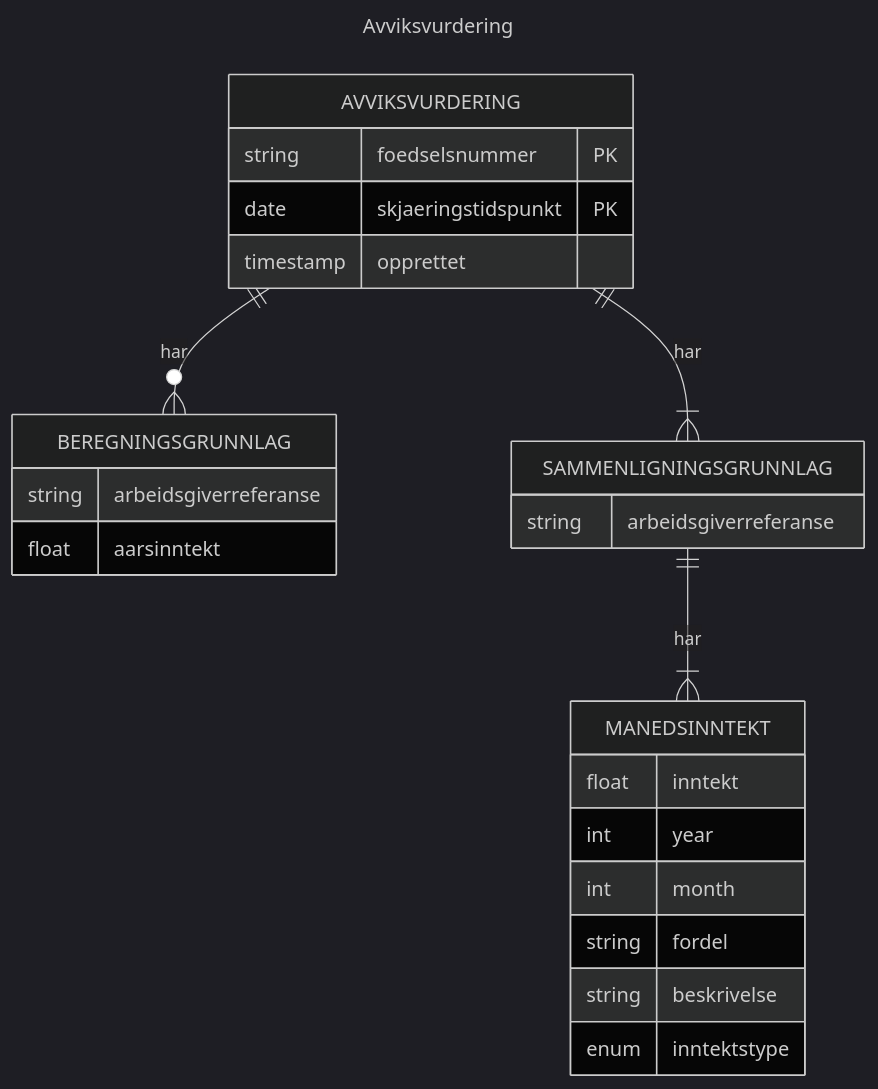
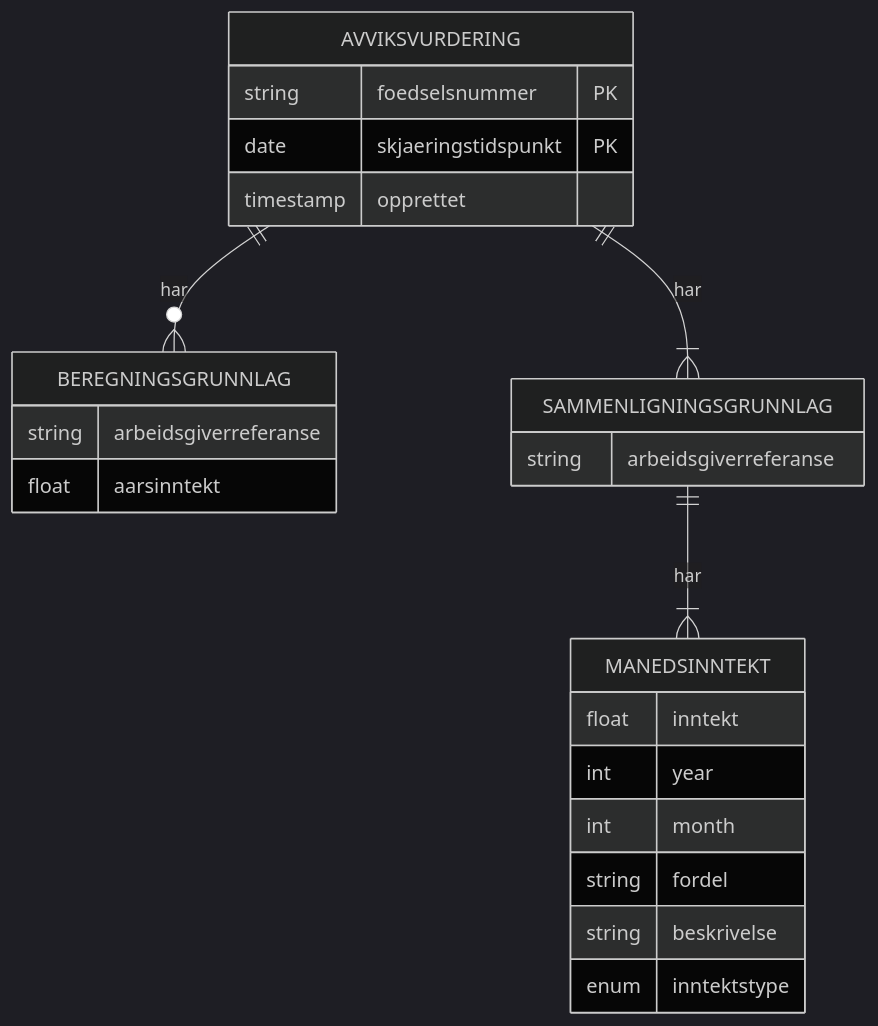
One commit to navikt/helse-spinnvill changed the third of 3 diagrams in README.md. Above: the diagram before and after it, drawn with Mermaid (dark theme). The commit also changed other lines of this file, not shown here.

````diff
--- a/README.md
+++ b/README.md
@@ -69,33 +88,30 @@
 ```mermaid
----
-title: Avviksvurdering
----
 erDiagram
     AVVIKSVURDERING ||--o{ BEREGNINGSGRUNNLAG: har
     AVVIKSVURDERING ||--|{ SAMMENLIGNINGSGRUNNLAG: har
     SAMMENLIGNINGSGRUNNLAG ||--|{ MANEDSINNTEKT: har
   
     AVVIKSVURDERING {
       string foedselsnummer PK
       date skjaeringstidspunkt PK
       timestamp opprettet
     }
 
     SAMMENLIGNINGSGRUNNLAG {
       string arbeidsgiverreferanse
     }
     
     MANEDSINNTEKT {
         float inntekt
         int year
         int month
         string fordel
         string beskrivelse
         enum inntektstype
     }
   
     BEREGNINGSGRUNNLAG {
       string arbeidsgiverreferanse
       float aarsinntekt
     }
 ```
````
